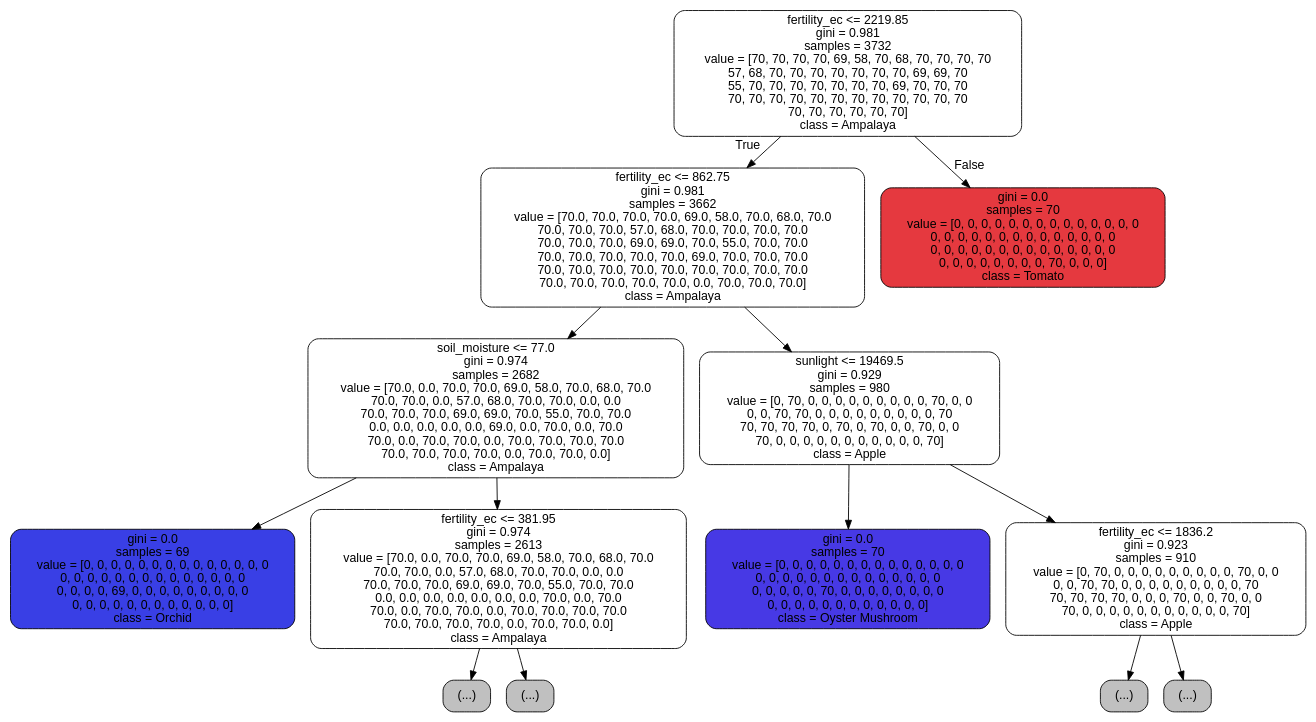
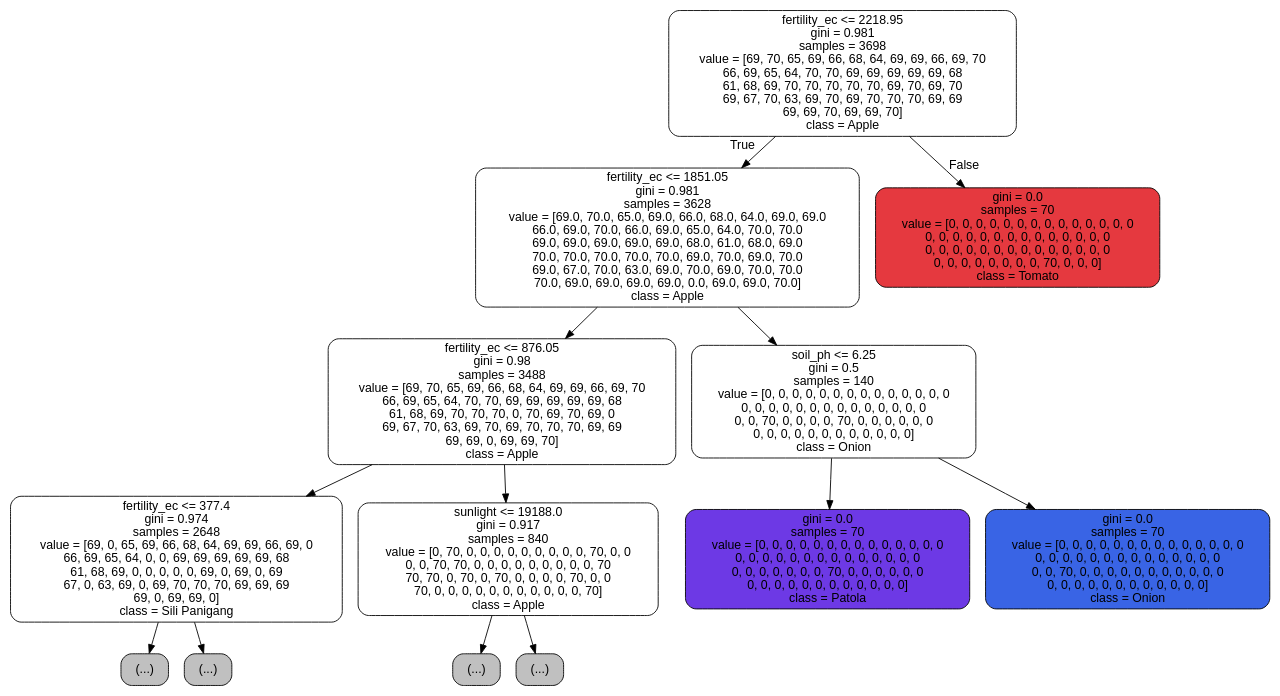
The diagram in precomputation/decision_tree.dot (CyrusUmali/AiCROP), drawn with Graphviz before and after one commit. The commit also changed 13 other files, not shown here.

```diff
--- a/precomputation/decision_tree.dot
+++ b/precomputation/decision_tree.dot
@@ -1,29 +1,29 @@
 digraph Tree {
 node [shape=box, style="filled, rounded", color="black", fontname="helvetica"] ;
 edge [fontname="helvetica"] ;
-0 [label="fertility_ec <= 2219.85\ngini = 0.981\nsamples = 3732\nvalue = [70, 70, 70, 70, 69, 58, 70, 68, 70, 70, 70, 70\n57, 68, 70, 70, 70, 70, 70, 70, 70, 69, 69, 70\n55, 70, 70, 70, 70, 70, 70, 70, 69, 70, 70, 70\n70, 70, 70, 70, 70, 70, 70, 70, 70, 70, 70, 70\n70, 70, 70, 70, 70, 70]\nclass = Ampalaya", fillcolor="#ffffff"] ;
-1 [label="fertility_ec <= 862.75\ngini = 0.981\nsamples = 3662\nvalue = [70.0, 70.0, 70.0, 70.0, 69.0, 58.0, 70.0, 68.0, 70.0\n70.0, 70.0, 70.0, 57.0, 68.0, 70.0, 70.0, 70.0, 70.0\n70.0, 70.0, 70.0, 69.0, 69.0, 70.0, 55.0, 70.0, 70.0\n70.0, 70.0, 70.0, 70.0, 70.0, 69.0, 70.0, 70.0, 70.0\n70.0, 70.0, 70.0, 70.0, 70.0, 70.0, 70.0, 70.0, 70.0\n70.0, 70.0, 70.0, 70.0, 70.0, 0.0, 70.0, 70.0, 70.0]\nclass = Ampalaya", fillcolor="#ffffff"] ;
+0 [label="fertility_ec <= 2218.95\ngini = 0.981\nsamples = 3698\nvalue = [69, 70, 65, 69, 66, 68, 64, 69, 69, 66, 69, 70\n66, 69, 65, 64, 70, 70, 69, 69, 69, 69, 69, 68\n61, 68, 69, 70, 70, 70, 70, 70, 69, 70, 69, 70\n69, 67, 70, 63, 69, 70, 69, 70, 70, 70, 69, 69\n69, 69, 70, 69, 69, 70]\nclass = Apple", fillcolor="#ffffff"] ;
+1 [label="fertility_ec <= 1851.05\ngini = 0.981\nsamples = 3628\nvalue = [69.0, 70.0, 65.0, 69.0, 66.0, 68.0, 64.0, 69.0, 69.0\n66.0, 69.0, 70.0, 66.0, 69.0, 65.0, 64.0, 70.0, 70.0\n69.0, 69.0, 69.0, 69.0, 69.0, 68.0, 61.0, 68.0, 69.0\n70.0, 70.0, 70.0, 70.0, 70.0, 69.0, 70.0, 69.0, 70.0\n69.0, 67.0, 70.0, 63.0, 69.0, 70.0, 69.0, 70.0, 70.0\n70.0, 69.0, 69.0, 69.0, 69.0, 0.0, 69.0, 69.0, 70.0]\nclass = Apple", fillcolor="#ffffff"] ;
 0 -> 1 [labeldistance=2.5, labelangle=45, headlabel="True"] ;
-2 [label="soil_moisture <= 77.0\ngini = 0.974\nsamples = 2682\nvalue = [70.0, 0.0, 70.0, 70.0, 69.0, 58.0, 70.0, 68.0, 70.0\n70.0, 70.0, 0.0, 57.0, 68.0, 70.0, 70.0, 0.0, 0.0\n70.0, 70.0, 70.0, 69.0, 69.0, 70.0, 55.0, 70.0, 70.0\n0.0, 0.0, 0.0, 0.0, 0.0, 69.0, 0.0, 70.0, 0.0, 70.0\n70.0, 0.0, 70.0, 70.0, 0.0, 70.0, 70.0, 70.0, 70.0\n70.0, 70.0, 70.0, 70.0, 0.0, 70.0, 70.0, 0.0]\nclass = Ampalaya", fillcolor="#ffffff"] ;
+2 [label="fertility_ec <= 876.05\ngini = 0.98\nsamples = 3488\nvalue = [69, 70, 65, 69, 66, 68, 64, 69, 69, 66, 69, 70\n66, 69, 65, 64, 70, 70, 69, 69, 69, 69, 69, 68\n61, 68, 69, 70, 70, 70, 0, 70, 69, 70, 69, 0\n69, 67, 70, 63, 69, 70, 69, 70, 70, 70, 69, 69\n69, 69, 0, 69, 69, 70]\nclass = Apple", fillcolor="#ffffff"] ;
 1 -> 2 ;
-3 [label="gini = 0.0\nsamples = 69\nvalue = [0, 0, 0, 0, 0, 0, 0, 0, 0, 0, 0, 0, 0, 0\n0, 0, 0, 0, 0, 0, 0, 0, 0, 0, 0, 0, 0, 0\n0, 0, 0, 0, 69, 0, 0, 0, 0, 0, 0, 0, 0, 0\n0, 0, 0, 0, 0, 0, 0, 0, 0, 0, 0, 0]\nclass = Orchid", fillcolor="#393fe5"] ;
+3 [label="fertility_ec <= 377.4\ngini = 0.974\nsamples = 2648\nvalue = [69, 0, 65, 69, 66, 68, 64, 69, 69, 66, 69, 0\n66, 69, 65, 64, 0, 0, 69, 69, 69, 69, 69, 68\n61, 68, 69, 0, 0, 0, 0, 0, 69, 0, 69, 0, 69\n67, 0, 63, 69, 0, 69, 70, 70, 70, 69, 69, 69\n69, 0, 69, 69, 0]\nclass = Sili Panigang", fillcolor="#ffffff"] ;
 2 -> 3 ;
-4 [label="fertility_ec <= 381.95\ngini = 0.974\nsamples = 2613\nvalue = [70.0, 0.0, 70.0, 70.0, 69.0, 58.0, 70.0, 68.0, 70.0\n70.0, 70.0, 0.0, 57.0, 68.0, 70.0, 70.0, 0.0, 0.0\n70.0, 70.0, 70.0, 69.0, 69.0, 70.0, 55.0, 70.0, 70.0\n0.0, 0.0, 0.0, 0.0, 0.0, 0.0, 0.0, 70.0, 0.0, 70.0\n70.0, 0.0, 70.0, 70.0, 0.0, 70.0, 70.0, 70.0, 70.0\n70.0, 70.0, 70.0, 70.0, 0.0, 70.0, 70.0, 0.0]\nclass = Ampalaya", fillcolor="#ffffff"] ;
-2 -> 4 ;
-5 [label="(...)", fillcolor="#C0C0C0"] ;
-4 -> 5 ;
-8 [label="(...)", fillcolor="#C0C0C0"] ;
-4 -> 8 ;
-335 [label="sunlight <= 19469.5\ngini = 0.929\nsamples = 980\nvalue = [0, 70, 0, 0, 0, 0, 0, 0, 0, 0, 0, 70, 0, 0\n0, 0, 70, 70, 0, 0, 0, 0, 0, 0, 0, 0, 0, 70\n70, 70, 70, 70, 0, 70, 0, 70, 0, 0, 70, 0, 0\n70, 0, 0, 0, 0, 0, 0, 0, 0, 0, 0, 0, 70]\nclass = Apple", fillcolor="#ffffff"] ;
-1 -> 335 ;
-336 [label="gini = 0.0\nsamples = 70\nvalue = [0, 0, 0, 0, 0, 0, 0, 0, 0, 0, 0, 0, 0, 0\n0, 0, 0, 0, 0, 0, 0, 0, 0, 0, 0, 0, 0, 0\n0, 0, 0, 0, 0, 70, 0, 0, 0, 0, 0, 0, 0, 0\n0, 0, 0, 0, 0, 0, 0, 0, 0, 0, 0, 0]\nclass = Oyster Mushroom", fillcolor="#4739e5"] ;
-335 -> 336 ;
-337 [label="fertility_ec <= 1836.2\ngini = 0.923\nsamples = 910\nvalue = [0, 70, 0, 0, 0, 0, 0, 0, 0, 0, 0, 70, 0, 0\n0, 0, 70, 70, 0, 0, 0, 0, 0, 0, 0, 0, 0, 70\n70, 70, 70, 70, 0, 0, 0, 70, 0, 0, 70, 0, 0\n70, 0, 0, 0, 0, 0, 0, 0, 0, 0, 0, 0, 70]\nclass = Apple", fillcolor="#ffffff"] ;
-335 -> 337 ;
-338 [label="(...)", fillcolor="#C0C0C0"] ;
-337 -> 338 ;
-423 [label="(...)", fillcolor="#C0C0C0"] ;
-337 -> 423 ;
-428 [label="gini = 0.0\nsamples = 70\nvalue = [0, 0, 0, 0, 0, 0, 0, 0, 0, 0, 0, 0, 0, 0\n0, 0, 0, 0, 0, 0, 0, 0, 0, 0, 0, 0, 0, 0\n0, 0, 0, 0, 0, 0, 0, 0, 0, 0, 0, 0, 0, 0\n0, 0, 0, 0, 0, 0, 0, 0, 70, 0, 0, 0]\nclass = Tomato", fillcolor="#e5393f"] ;
-0 -> 428 [labeldistance=2.5, labelangle=-45, headlabel="False"] ;
+4 [label="(...)", fillcolor="#C0C0C0"] ;
+3 -> 4 ;
+7 [label="(...)", fillcolor="#C0C0C0"] ;
+3 -> 7 ;
+300 [label="sunlight <= 19188.0\ngini = 0.917\nsamples = 840\nvalue = [0, 70, 0, 0, 0, 0, 0, 0, 0, 0, 0, 70, 0, 0\n0, 0, 70, 70, 0, 0, 0, 0, 0, 0, 0, 0, 0, 70\n70, 70, 0, 70, 0, 70, 0, 0, 0, 0, 70, 0, 0\n70, 0, 0, 0, 0, 0, 0, 0, 0, 0, 0, 0, 70]\nclass = Apple", fillcolor="#ffffff"] ;
+2 -> 300 ;
+301 [label="(...)", fillcolor="#C0C0C0"] ;
+300 -> 301 ;
+302 [label="(...)", fillcolor="#C0C0C0"] ;
+300 -> 302 ;
+393 [label="soil_ph <= 6.25\ngini = 0.5\nsamples = 140\nvalue = [0, 0, 0, 0, 0, 0, 0, 0, 0, 0, 0, 0, 0, 0\n0, 0, 0, 0, 0, 0, 0, 0, 0, 0, 0, 0, 0, 0\n0, 0, 70, 0, 0, 0, 0, 70, 0, 0, 0, 0, 0, 0\n0, 0, 0, 0, 0, 0, 0, 0, 0, 0, 0, 0]\nclass = Onion", fillcolor="#ffffff"] ;
+1 -> 393 ;
+394 [label="gini = 0.0\nsamples = 70\nvalue = [0, 0, 0, 0, 0, 0, 0, 0, 0, 0, 0, 0, 0, 0\n0, 0, 0, 0, 0, 0, 0, 0, 0, 0, 0, 0, 0, 0\n0, 0, 0, 0, 0, 0, 0, 70, 0, 0, 0, 0, 0, 0\n0, 0, 0, 0, 0, 0, 0, 0, 0, 0, 0, 0]\nclass = Patola", fillcolor="#6d39e5"] ;
+393 -> 394 ;
+395 [label="gini = 0.0\nsamples = 70\nvalue = [0, 0, 0, 0, 0, 0, 0, 0, 0, 0, 0, 0, 0, 0\n0, 0, 0, 0, 0, 0, 0, 0, 0, 0, 0, 0, 0, 0\n0, 0, 70, 0, 0, 0, 0, 0, 0, 0, 0, 0, 0, 0\n0, 0, 0, 0, 0, 0, 0, 0, 0, 0, 0, 0]\nclass = Onion", fillcolor="#3964e5"] ;
+393 -> 395 ;
+396 [label="gini = 0.0\nsamples = 70\nvalue = [0, 0, 0, 0, 0, 0, 0, 0, 0, 0, 0, 0, 0, 0\n0, 0, 0, 0, 0, 0, 0, 0, 0, 0, 0, 0, 0, 0\n0, 0, 0, 0, 0, 0, 0, 0, 0, 0, 0, 0, 0, 0\n0, 0, 0, 0, 0, 0, 0, 0, 70, 0, 0, 0]\nclass = Tomato", fillcolor="#e5393f"] ;
+0 -> 396 [labeldistance=2.5, labelangle=-45, headlabel="False"] ;
 }
```
